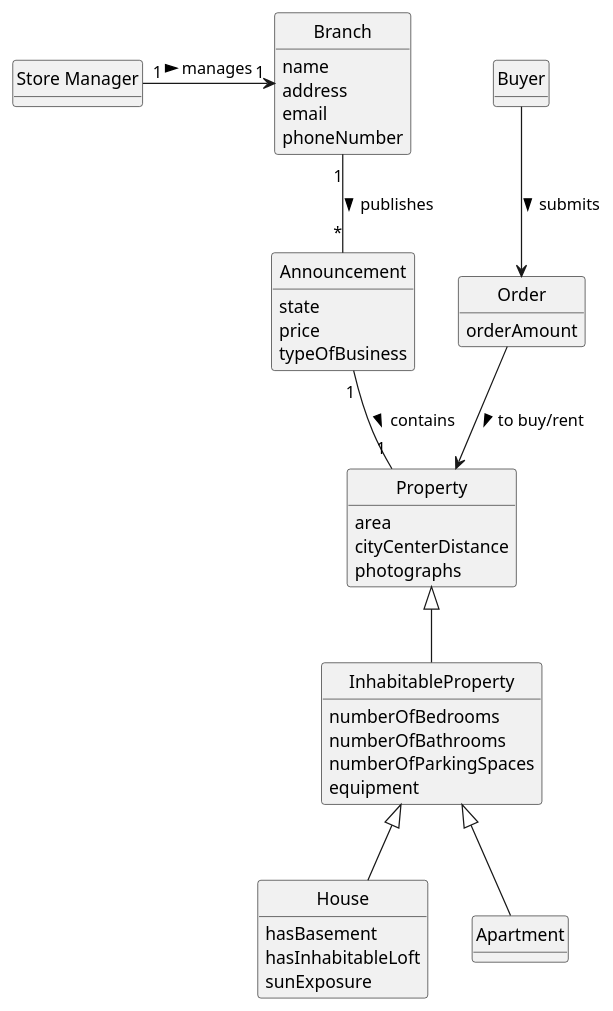
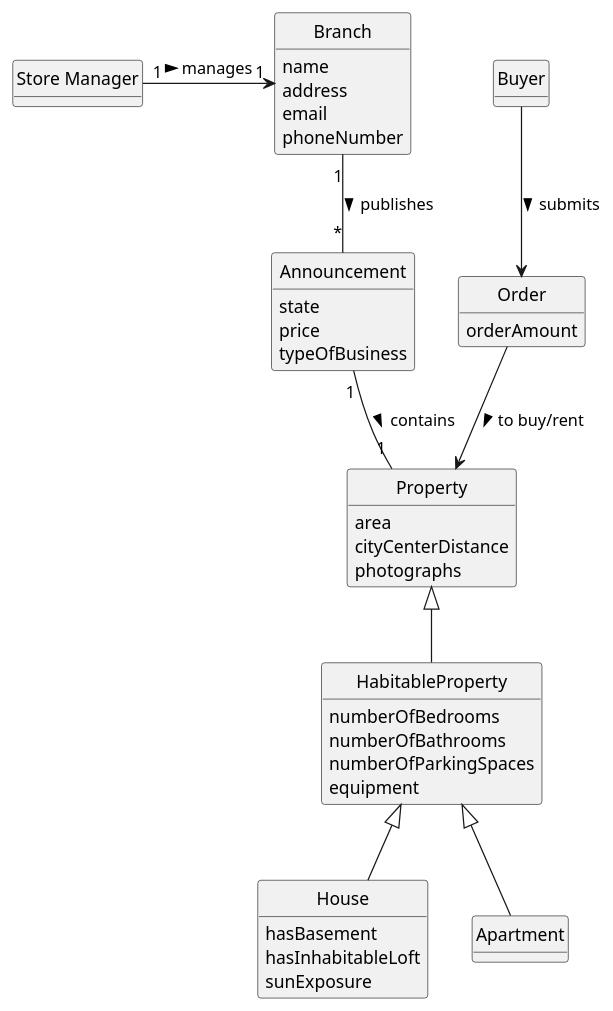
Before and after one commit to tiagohcorreia/LAPR2: the diagram in docs/sprintD/US018/02.analysis/puml/US018-DM.puml, drawn with PlantUML. The commit also changed 4 other files, not shown here.

```diff
--- a/docs/sprintD/US018/02.analysis/puml/US018-DM.puml
+++ b/docs/sprintD/US018/02.analysis/puml/US018-DM.puml
@@ -1,79 +1,79 @@
 @startuml
 'https://plantuml.com/class-diagram
 
 skinparam monochrome true
 skinparam packageStyle rectangle
 skinparam shadowing false
 
 'skinparam linetype ortho
 'left to right direction
 skinparam classAttributeIconSize 0
 'skinparam groupInheritance 2
 hide circle
 hide methods
 
 class Branch{
 name
 address
 email
 phoneNumber
 }
 
 together {
 class "Store Manager" as StoreMan
 
 }
 
 
 class Buyer
 
 
 
 class Order{
 orderAmount
 }
 
 
 class Announcement{
 state
 price
 typeOfBusiness
 }
 
 class Property{
 area
 cityCenterDistance
 photographs
 }
 
-class InhabitableProperty{
+class HabitableProperty{
 numberOfBedrooms
 numberOfBathrooms
 numberOfParkingSpaces
 equipment
 }
 
 class House{
 hasBasement
 hasInhabitableLoft
 sunExposure
 }
 
 class Apartment{
 }
 
 
 
 Branch "1" -- "*" Announcement: publishes >
 Announcement "1" -- "1" Property: contains >
 
-Property <|-- InhabitableProperty
-InhabitableProperty <|-- House
-InhabitableProperty <|-- Apartment
+Property <|-- HabitableProperty
+HabitableProperty <|-- House
+HabitableProperty <|-- Apartment
 
 StoreMan "1" -> "1" Branch: manages >
 
 Buyer --> Order: submits >
 Order --> Property: to buy/rent >
 
 @enduml
```
